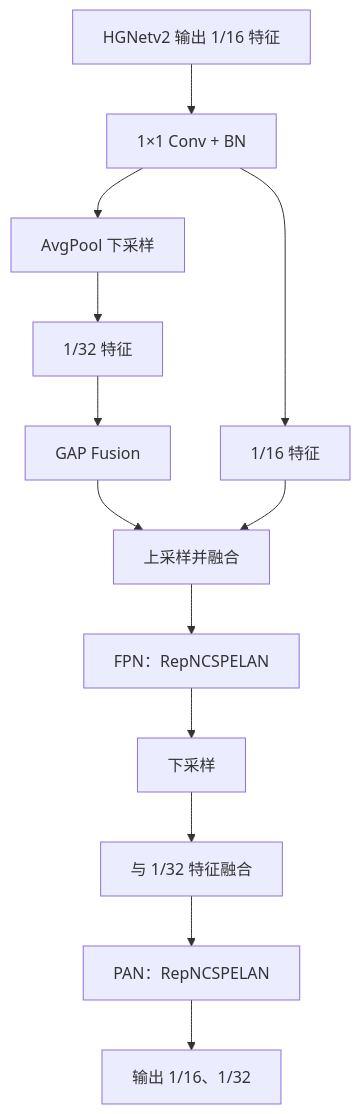
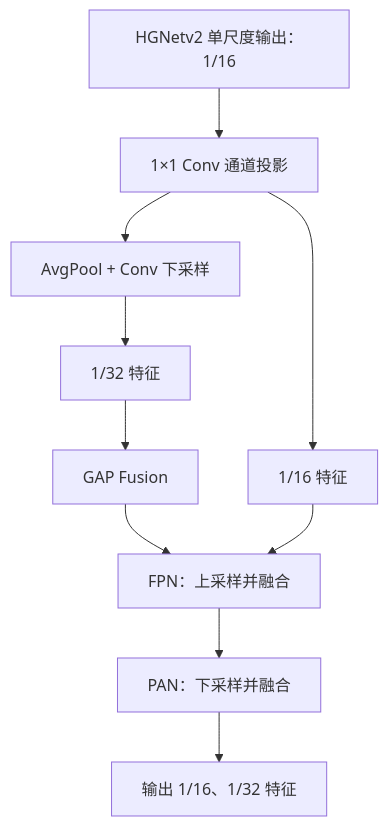
Before and after one commit to zhanghuiwan/knowledge-base: the third of 6 diagrams in website/articles/deimv2/index.md, drawn with Mermaid. The commit also changed other lines of this file, not shown here.

```diff
--- a/website/articles/deimv2/index.md
+++ b/website/articles/deimv2/index.md
@@ -455,15 +357,12 @@
 ~~~mermaid
 flowchart TD
-    A["HGNetv2 输出 1/16 特征"] --> B["1×1 Conv + BN"]
-    B --> C["AvgPool 下采样"]
+    A["HGNetv2 单尺度输出：1/16"] --> B["1×1 Conv 通道投影"]
+    B --> C["AvgPool + Conv 下采样"]
     C --> D["1/32 特征"]
     D --> E["GAP Fusion"]
     B --> F["1/16 特征"]
-    E --> G["上采样并融合"]
+    E --> G["FPN：上采样并融合"]
     F --> G
-    G --> H["FPN：RepNCSPELAN"]
-    H --> I["下采样"]
-    I --> J["与 1/32 特征融合"]
-    J --> K["PAN：RepNCSPELAN"]
-    K --> L["输出 1/16、1/32"]
+    G --> H["PAN：下采样并融合"]
+    H --> I["输出 1/16、1/32 特征"]
 ~~~
```
